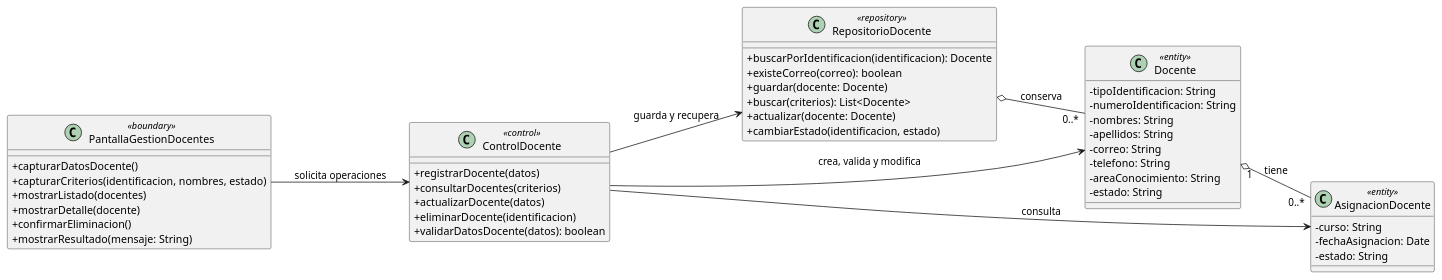
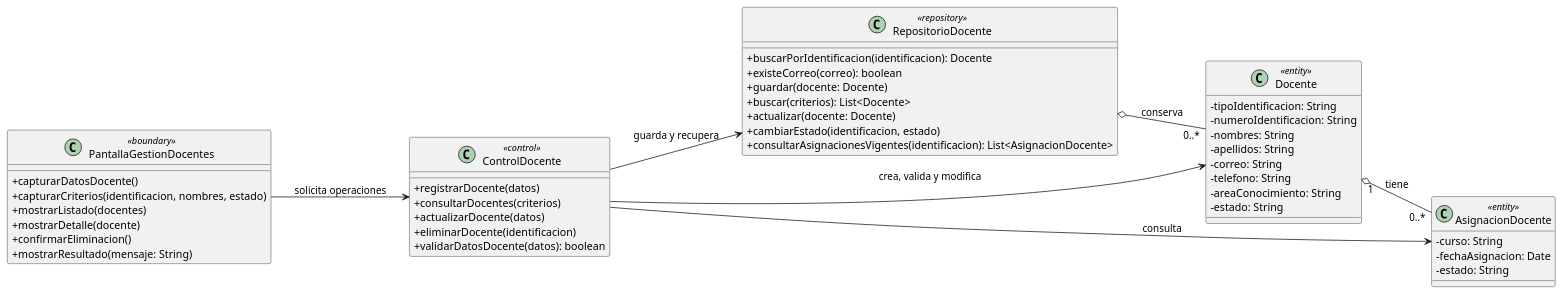
Before and after one commit to andrescardenase77-web/AndresCardenas_36839_G3_ADSW: the diagram in sic-modelado/CU03_GestionarDocentes.puml, drawn with PlantUML.

Commit message:
Modelado del CU-03 V2 agrega consultarAsignacionesVigentes al repositorio

```diff
--- a/sic-modelado/CU03_GestionarDocentes.puml
+++ b/sic-modelado/CU03_GestionarDocentes.puml
@@ -1,62 +1,63 @@
 @startuml 
  /' 
  Archivo: CU03_GestionarDocentes.puml 
  Versión: v1.0 | Fecha: 2026-11-11 | Equipo: Cárdenas, Bohórquez, Benalcázar 
  Trazabilidad: RF-06, RF-07, RF-32, RF-33 -> CU-03 -> Sprint 2 
  Modelo LLM: Claude (Anthropic) 
  PROMPT: Actúa como analista de software. Con los requisitos atómicos RF-06, RF-07, 
  RF-32 y RF-33 del CU-03 (registrar, consultar, actualizar y eliminar lógicamente 
  docentes) genera un diagrama de clases de análisis en PlantUML con boundary, 
  control, entity y repository. Usa PantallaGestionDocentes y ControlDocente. 
  Solo código PlantUML. 
  '/ 
  skinparam classAttributeIconSize 0 
  skinparam shadowing false 
  left to right direction 
   
 class PantallaGestionDocentes <<boundary>> { 
    +capturarDatosDocente() 
    +capturarCriterios(identificacion, nombres, estado) 
    +mostrarListado(docentes) 
    +mostrarDetalle(docente) 
    +confirmarEliminacion() 
    +mostrarResultado(mensaje: String) 
  } 
  class ControlDocente <<control>> { 
    +registrarDocente(datos) 
    +consultarDocentes(criterios) 
    +actualizarDocente(datos) 
    +eliminarDocente(identificacion) 
    +validarDatosDocente(datos): boolean 
  } 
  class Docente <<entity>> { 
    -tipoIdentificacion: String 
    -numeroIdentificacion: String 
    -nombres: String 
    -apellidos: String 
    -correo: String 
    -telefono: String 
    -areaConocimiento: String 
    -estado: String 
  } 
  class AsignacionDocente <<entity>> { 
    -curso: String 
    -fechaAsignacion: Date 
    -estado: String 
  } 
  class RepositorioDocente <<repository>> { 
    +buscarPorIdentificacion(identificacion): Docente 
    +existeCorreo(correo): boolean 
    +guardar(docente: Docente) 
    +buscar(criterios): List<Docente> 
    +actualizar(docente: Docente) 
    +cambiarEstado(identificacion, estado) 
+   +consultarAsignacionesVigentes(identificacion): List<AsignacionDocente> 
  } 
   
 PantallaGestionDocentes --> ControlDocente : solicita operaciones 
  ControlDocente --> Docente : crea, valida y modifica 
  ControlDocente --> AsignacionDocente : consulta 
  ControlDocente --> RepositorioDocente : guarda y recupera 
  RepositorioDocente o-- "0..*" Docente : conserva 
  Docente "1" o-- "0..*" AsignacionDocente : tiene 
  @enduml 
```
